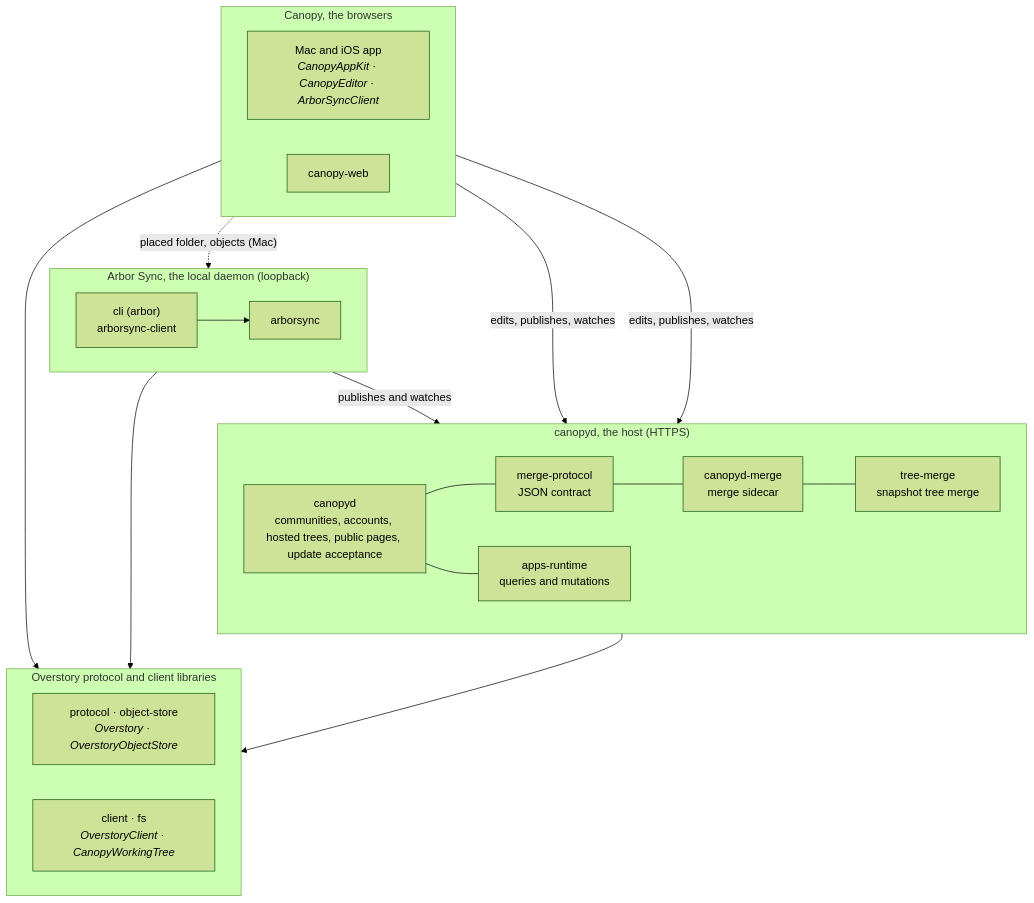
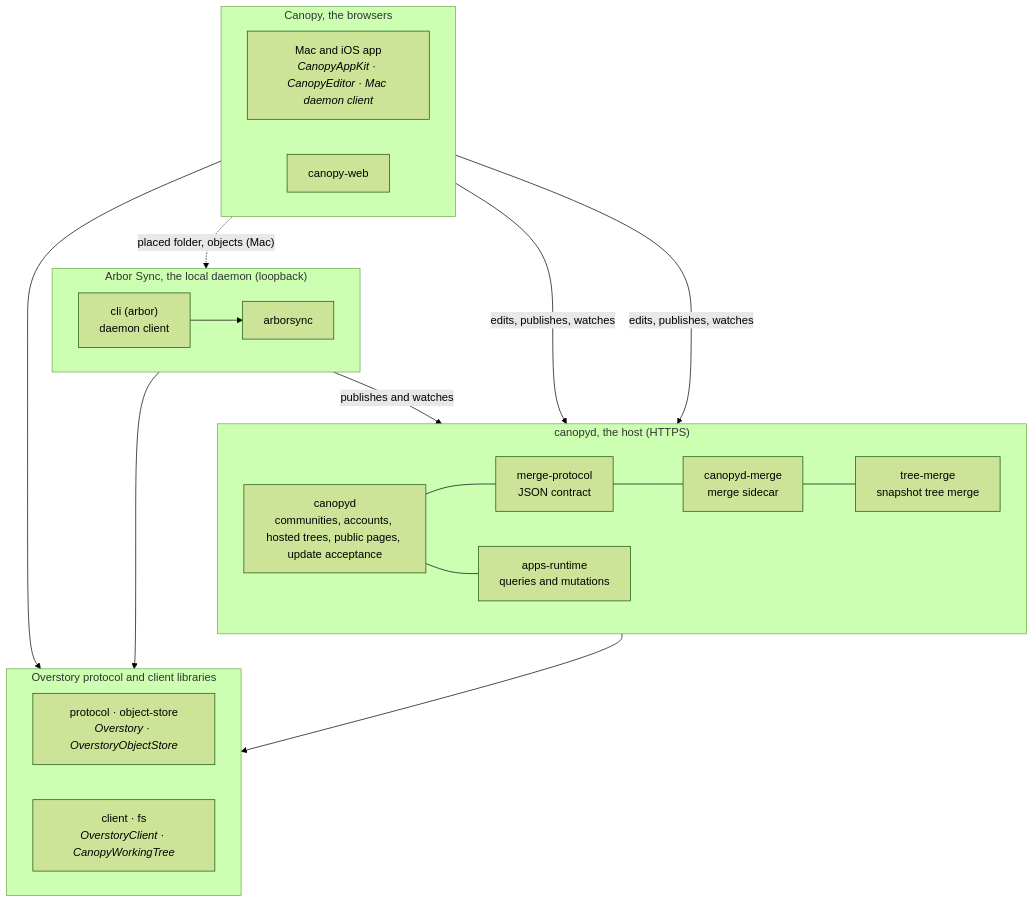
One commit to jxe/arbor changed the diagram in README.md. Above: the diagram before and after it, drawn with Mermaid (forest theme). The commit also changed other lines of this file and 21 other files, not shown here.

````diff
--- a/README.md
+++ b/README.md
@@ -44,38 +44,38 @@
 ```mermaid
 flowchart TB
   subgraph proto["Overstory protocol and client libraries"]
     direction LR
     P["protocol · object-store<br/><i>Overstory · OverstoryObjectStore</i>"]
     C["client · fs<br/><i>OverstoryClient · CanopyWorkingTree</i>"]
   end
   subgraph host["canopyd, the host (HTTPS)"]
     direction LR
     D["canopyd<br/>communities, accounts, hosted trees, public pages, update acceptance"]
     M["canopyd-merge<br/>merge sidecar"]
     MP["merge-protocol<br/>JSON contract"]
     TM["tree-merge<br/>snapshot tree merge"]
     AR["apps-runtime<br/>queries and mutations"]
   end
   subgraph arbor["Arbor Sync, the local daemon (loopback)"]
     direction LR
     AS["arborsync"]
-    CLI["cli (arbor)<br/>arborsync-client"]
+    CLI["cli (arbor)<br/>daemon client"]
   end
   subgraph canopy["Canopy, the browsers"]
     direction LR
-    APP["Mac and iOS app<br/><i>CanopyAppKit · CanopyEditor · ArborSyncClient</i>"]
+    APP["Mac and iOS app<br/><i>CanopyAppKit · CanopyEditor · Mac daemon client</i>"]
     WEB["canopy-web"]
   end
   D --- MP
   MP --- M
   M --- TM
   D --- AR
   AS -- "publishes and watches" --> D
   APP -- "edits, publishes, watches" --> D
   WEB -- "edits, publishes, watches" --> D
   APP -. "placed folder, objects (Mac)" .-> AS
   CLI --> AS
   host --> proto
   arbor --> proto
   canopy --> proto
 ```
````
